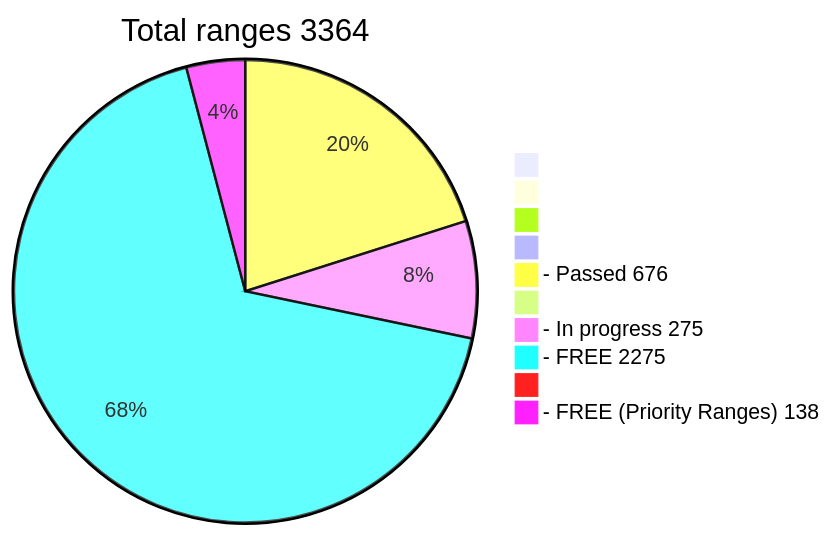
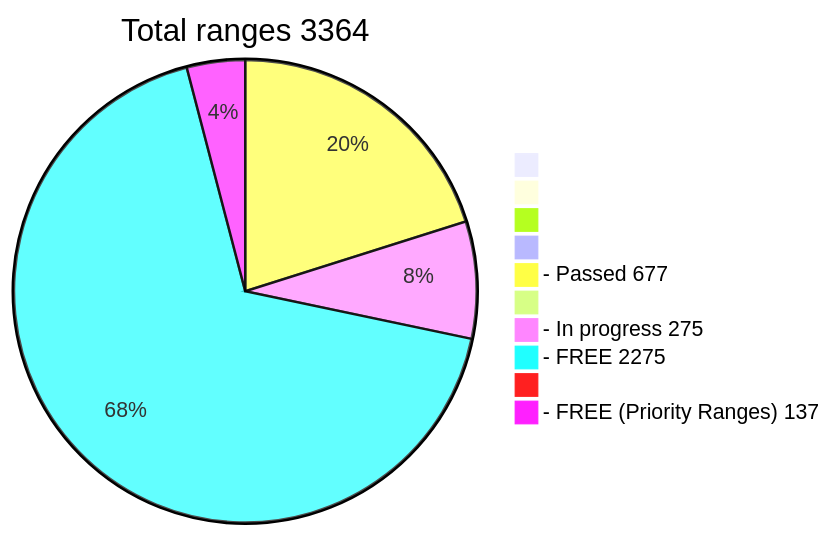
Before and after one commit to phrutis/wif500: the diagram in README.md, drawn with Mermaid.

````diff
--- a/README.md
+++ b/README.md
@@ -16,13 +16,13 @@
 ```mermaid
 pie title Total ranges 3364
              " " : 0
             "  " : 0
            "   " : 0
           "    " : 0
-  "- Passed 676" : 676
+  "- Passed 677" : 677
          "     " : 0
   "- In progress 275" : 275
    "- FREE 2275" : 2275
         "      " : 0
-  "- FREE (Priority Ranges) 138" : 138
+  "- FREE (Priority Ranges) 137" : 137
 ```
````
